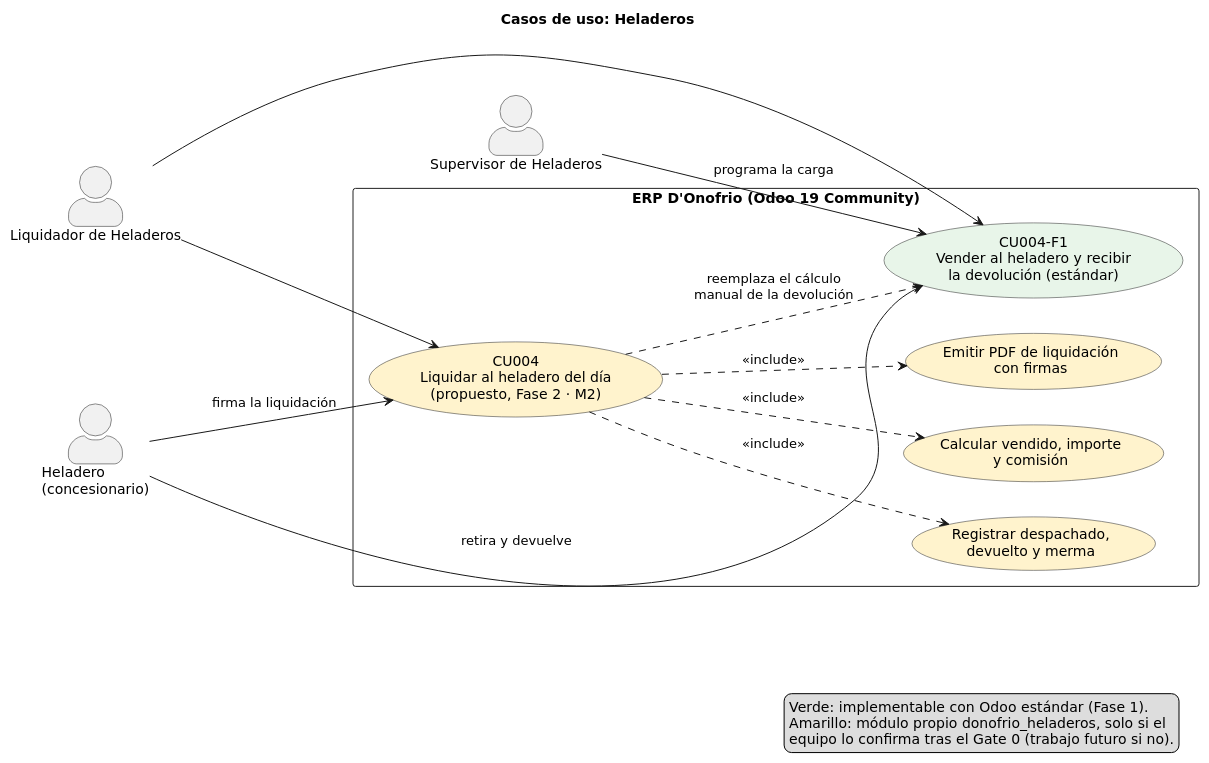
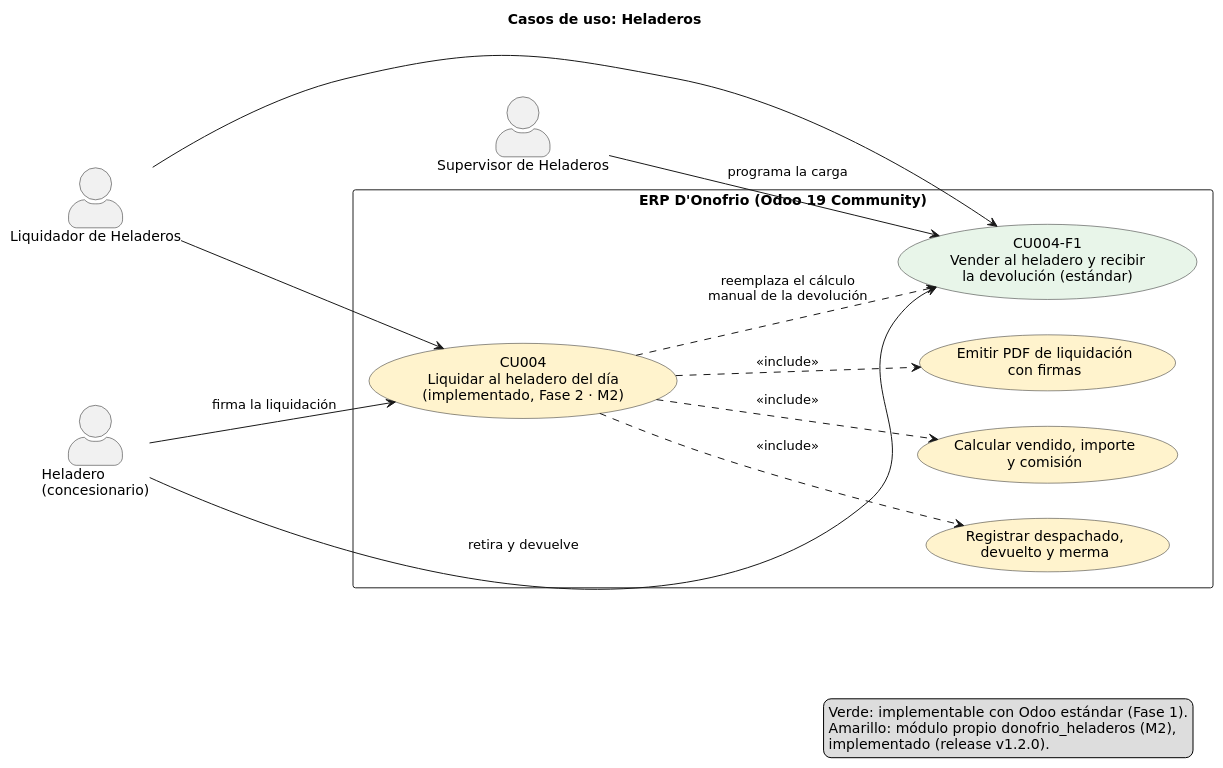
The diagram in docs/diagramas/cu/cu_heladeros.puml (orlando572/erp-donofrio), drawn with PlantUML before and after one commit. The commit also changed 106 other files, not shown here.

First line of the commit message:
docs(informe): contenido final del informe con la Fase 2 completa (M1 a M4) y límites declarados [S4] (#232)

```diff
--- a/docs/diagramas/cu/cu_heladeros.puml
+++ b/docs/diagramas/cu/cu_heladeros.puml
@@ -1,46 +1,46 @@
 @startuml cu_heladeros
-' Casos de uso de Heladeros (CU004). RF004 es Fase 2 (donofrio_heladeros, M2): propuesto.
+' Casos de uso de Heladeros (CU004). RF004 es Fase 2 (donofrio_heladeros, M2): implementado.
 ' Sin la Fase 2 se cubre con la variante estándar: pedido de venta al heladero + devolución.
 left to right direction
 skinparam shadowing false
 skinparam defaultFontName DejaVu Sans
 skinparam actorStyle awesome
 skinparam usecase {
   BackgroundColor #F4F7FB
   BorderColor #222222
 }
 skinparam rectangle {
   BackgroundColor #FFFFFF
   BorderColor #222222
 }
 title Casos de uso: Heladeros
 
 actor "Supervisor de Heladeros" as SUP
 actor "Liquidador de Heladeros" as LIQ
 actor "Heladero\n(concesionario)" as HEL
 
 rectangle "ERP D'Onofrio (Odoo 19 Community)" {
   usecase "CU004-F1\nVender al heladero y recibir\nla devolución (estándar)" as F1 #E8F5E9
-  usecase "CU004\nLiquidar al heladero del día\n(propuesto, Fase 2 · M2)" as CU004 #FFF3CD
+  usecase "CU004\nLiquidar al heladero del día\n(implementado, Fase 2 · M2)" as CU004 #FFF3CD
   usecase "Registrar despachado,\ndevuelto y merma" as REG #FFF3CD
   usecase "Calcular vendido, importe\ny comisión" as CAL #FFF3CD
   usecase "Emitir PDF de liquidación\ncon firmas" as PDF #FFF3CD
 }
 
 SUP --> F1 : programa la carga
 LIQ --> F1
 LIQ --> CU004
 HEL --> F1 : retira y devuelve
 HEL --> CU004 : firma la liquidación
 
 CU004 ..> REG : <<include>>
 CU004 ..> CAL : <<include>>
 CU004 ..> PDF : <<include>>
 CU004 ..> F1 : reemplaza el cálculo\nmanual de la devolución
 
 legend right
   Verde: implementable con Odoo estándar (Fase 1).
-  Amarillo: módulo propio donofrio_heladeros, solo si el
-  equipo lo confirma tras el Gate 0 (trabajo futuro si no).
+  Amarillo: módulo propio donofrio_heladeros (M2),
+  implementado (release v1.2.0).
 endlegend
 @enduml
```
